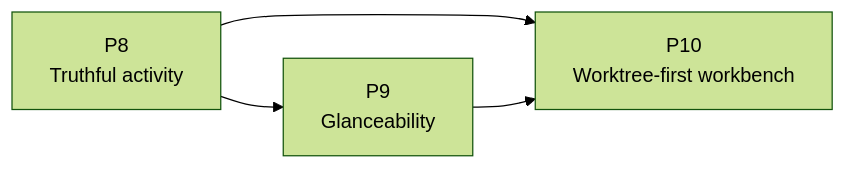
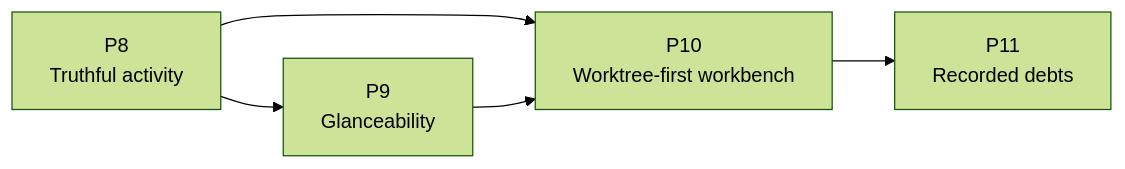
Before and after one commit to Asimov-Syntax/anywhere-terminal: the diagram in docs/PLAN.md, drawn with Mermaid (forest theme). The commit also changed other lines of this file and 2 other files, not shown here.

First line of the commit message:
docs: blueprint Phase 11 — the worktree subsystem's recorded debts

````diff
--- a/docs/PLAN.md
+++ b/docs/PLAN.md
@@ -63,6 +69,7 @@
 ```mermaid
 flowchart LR
     P8[P8<br>Truthful activity] --> P9[P9<br>Glanceability]
     P8 --> P10[P10<br>Worktree-first workbench]
     P9 --> P10
+    P10 --> P11[P11<br>Recorded debts]
 ```
````
